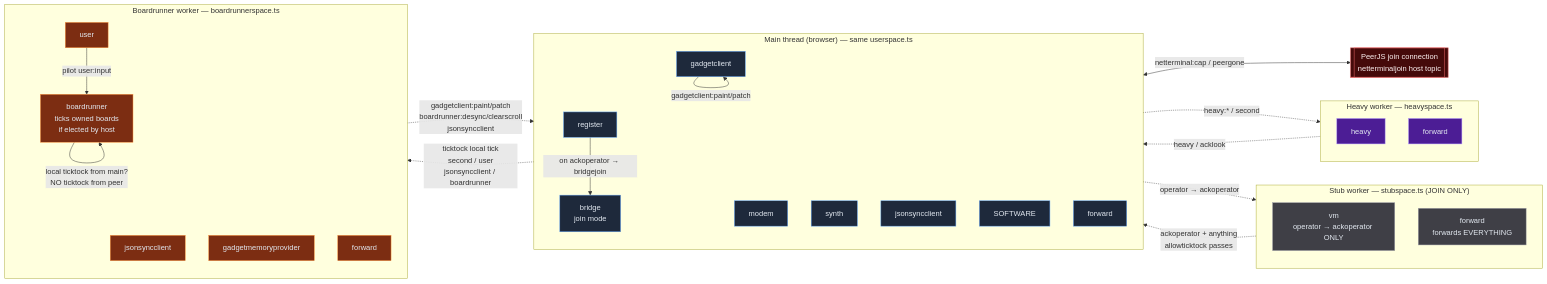
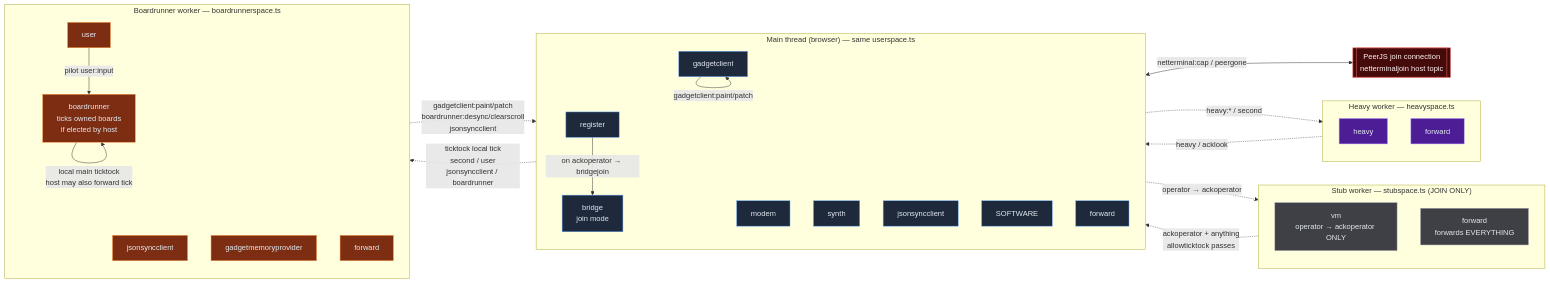
One commit to goldbuick/zed-software-system changed the third of 4 diagrams in zss/device/docs/host-vs-join-architecture.md. Above: the diagram before and after it, drawn with Mermaid. The commit also changed other lines of this file and 3 other files, not shown here.

````diff
--- a/zss/device/docs/host-vs-join-architecture.md
+++ b/zss/device/docs/host-vs-join-architecture.md
@@ -260,64 +260,64 @@
 ```mermaid
 flowchart LR
   classDef main fill:#1e293b,stroke:#60a5fa,color:#e2e8f0
   classDef stub fill:#3f3f46,stroke:#a1a1aa,color:#e2e8f0
   classDef heavy fill:#4c1d95,stroke:#a78bfa,color:#e2e8f0
   classDef br fill:#7c2d12,stroke:#fb923c,color:#e2e8f0
   classDef peer fill:#450a0a,stroke:#f87171,color:#fef2f2
 
   subgraph MAIN["Main thread (browser) — same userspace.ts"]
     direction TB
     J_REG[register]:::main
     J_GC[gadgetclient]:::main
     J_BR[bridge<br/>join mode]:::main
     J_MDM[modem]:::main
     J_SYN[synth]:::main
     J_JSC[jsonsyncclient]:::main
     J_SW[SOFTWARE]:::main
     J_FWD[forward]:::main
   end
 
   subgraph STUB["Stub worker — stubspace.ts (JOIN ONLY)"]
     direction TB
     ST_VM[vm<br/>operator → ackoperator ONLY]:::stub
     ST_FWD[forward<br/>forwards EVERYTHING]:::stub
   end
 
   subgraph HEAVY["Heavy worker — heavyspace.ts"]
     direction TB
     JHV_H[heavy]:::heavy
     JHV_FWD[forward]:::heavy
   end
 
   subgraph BR["Boardrunner worker — boardrunnerspace.ts"]
     direction TB
     JB_BR[boardrunner<br/>ticks owned boards<br/>if elected by host]:::br
     JB_USR[user]:::br
     JB_JSC[jsonsyncclient]:::br
     JB_GMP[gadgetmemoryprovider]:::br
     JB_FWD[forward]:::br
   end
 
   PEER[[PeerJS join connection<br/>netterminaljoin host topic]]:::peer
 
   %% Main local
   J_REG -->|on ackoperator → bridgejoin| J_BR
   J_BR <-->|netterminal:cap / peergone| PEER
   J_GC -->|gadgetclient:paint/patch| J_GC
 
   %% Main -> stub vm (local VM is a stub)
   J_FWD -. operator → ackoperator .-> ST_FWD
   ST_FWD -. ackoperator + anything<br/>allowticktock passes .-> J_FWD
 
   %% Main -> Heavy (unchanged)
   J_FWD -. heavy:* / second .-> JHV_FWD
   JHV_FWD -. heavy / acklook .-> J_FWD
 
   %% Main -> Boardrunner (unchanged)
   J_FWD -. ticktock local tick<br/>second / user<br/>jsonsyncclient / boardrunner .-> JB_FWD
   JB_FWD -. gadgetclient:paint/patch<br/>boardrunner:desync/clearscroll<br/>jsonsyncclient .-> J_FWD
 
   %% Boardrunner internals
-  JB_BR -->|local ticktock from main?<br/>NO ticktock from peer| JB_BR
+  JB_BR -->|local main ticktock<br/>host may also forward tick| JB_BR
   JB_USR -->|pilot user:input| JB_BR
 ```
````
